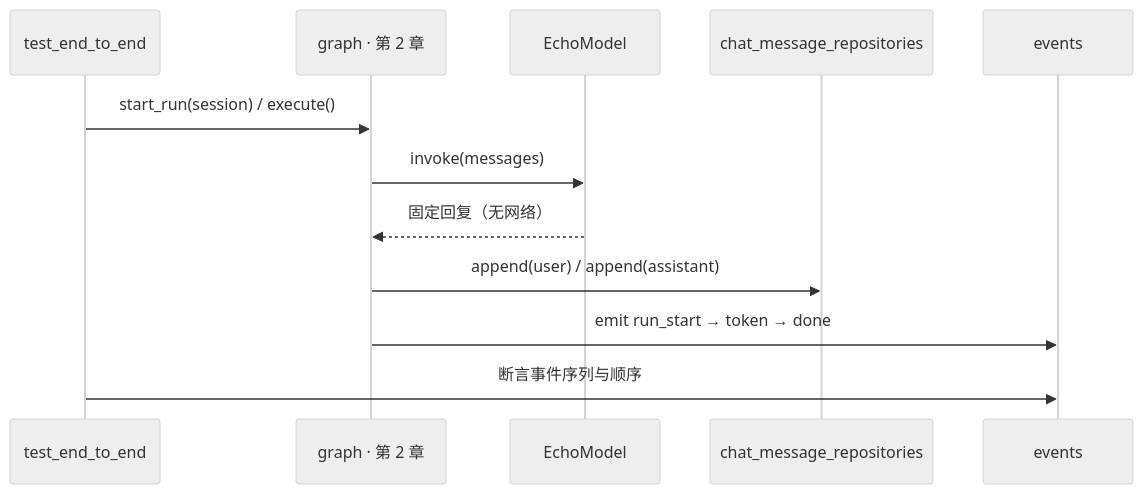
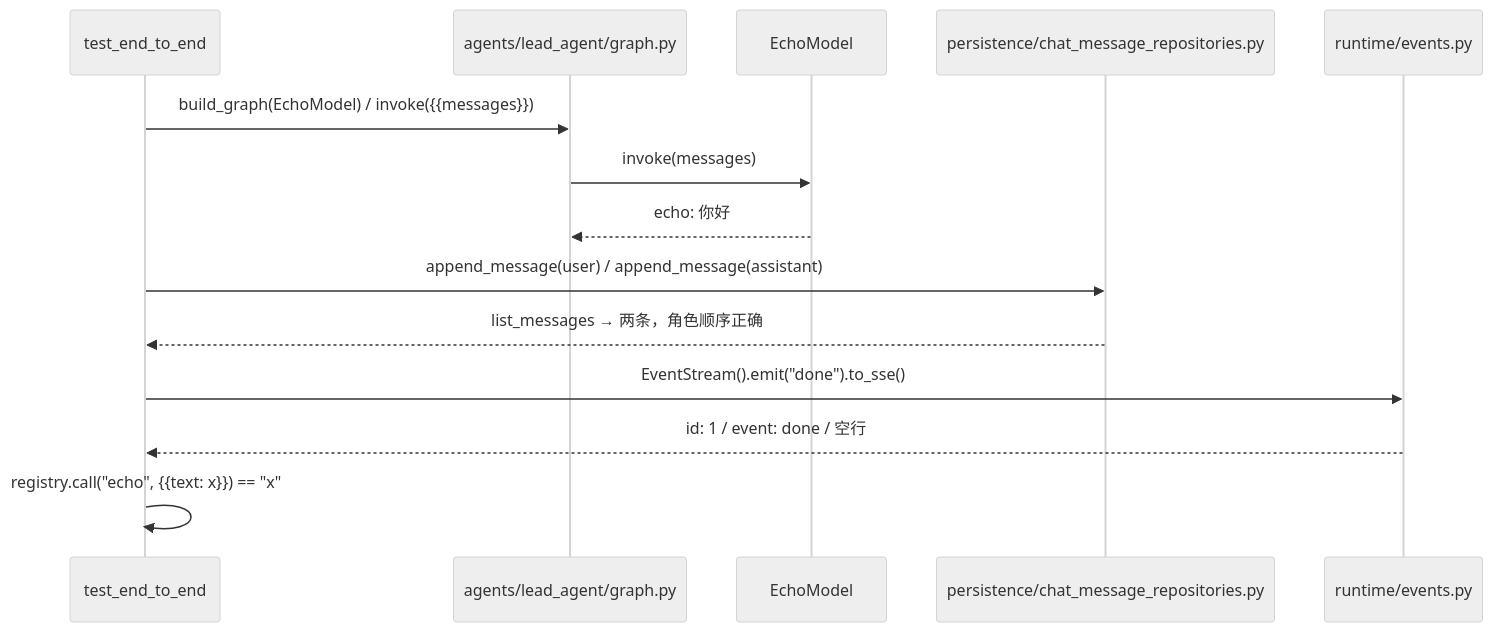
The diagram in work-agent-harness/doc/evoflow-学习规划/01-最小闭环/06-本部分综合验收.md (G0-000/agent-book), drawn with Mermaid (neutral theme) before and after one commit. The commit also changed other lines of this file and 6 other files, not shown here.

````diff
--- a/work-agent-harness/doc/evoflow-学习规划/01-最小闭环/06-本部分综合验收.md
+++ b/work-agent-harness/doc/evoflow-学习规划/01-最小闭环/06-本部分综合验收.md
@@ -5,14 +5,16 @@
 ```mermaid
 sequenceDiagram
     participant T as test_end_to_end
-    participant G as graph · 第 2 章
+    participant G as agents/lead_agent/graph.py
     participant M as EchoModel
-    participant S as chat_message_repositories
-    participant E as events
-    T->>G: start_run(session) / execute()
+    participant S as persistence/chat_message_repositories.py
+    participant E as runtime/events.py
+    T->>G: build_graph(EchoModel) / invoke({{messages}})
     G->>M: invoke(messages)
-    M-->>G: 固定回复（无网络）
-    G->>S: append(user) / append(assistant)
-    G->>E: emit run_start → token → done
-    T->>E: 断言事件序列与顺序
+    M-->>G: echo: 你好
+    T->>S: append_message(user) / append_message(assistant)
+    S-->>T: list_messages → 两条，角色顺序正确
+    T->>E: EventStream().emit("done").to_sse()
+    E-->>T: id: 1 / event: done / 空行
+    T->>T: registry.call("echo", {{text: x}}) == "x"
 ```
````
